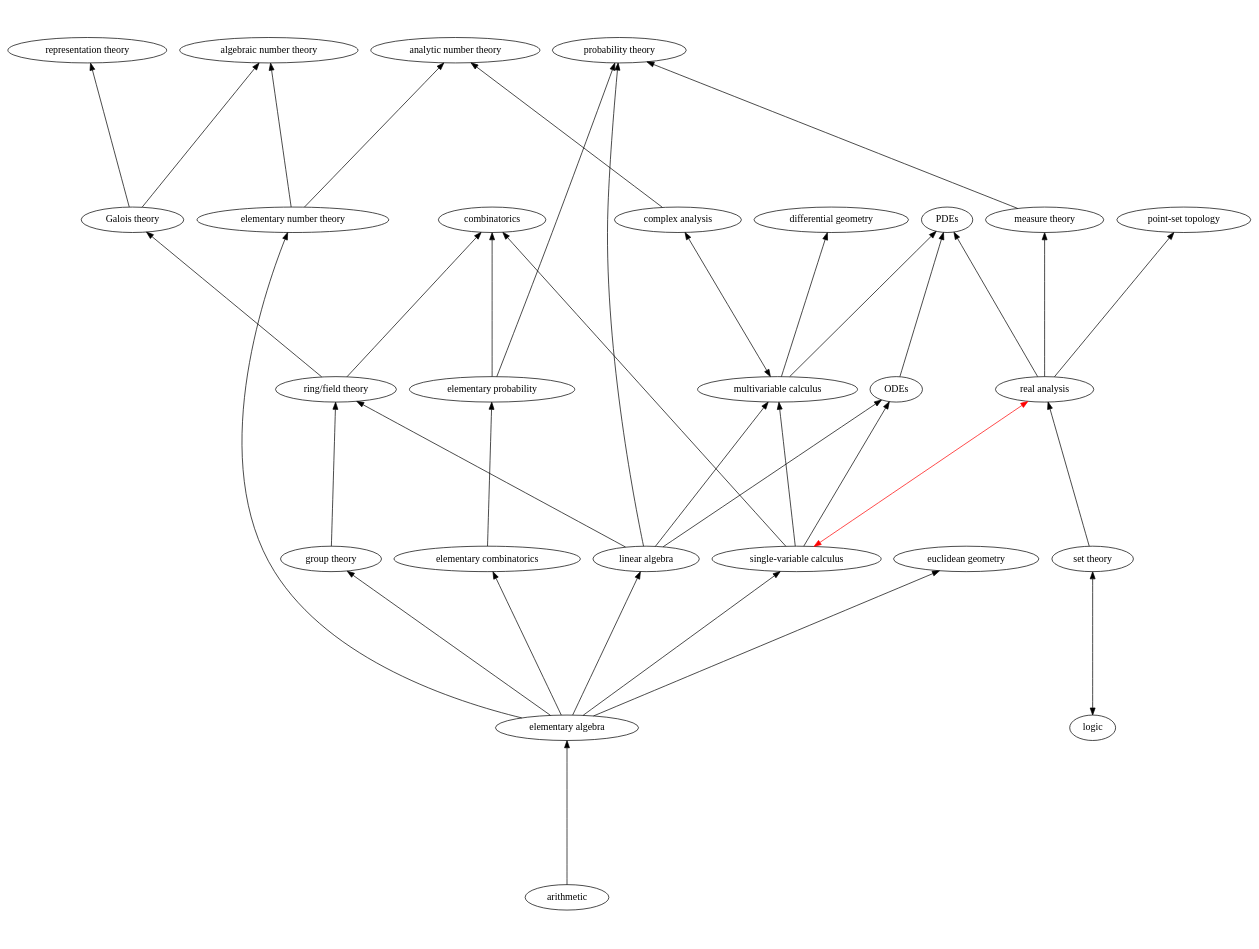
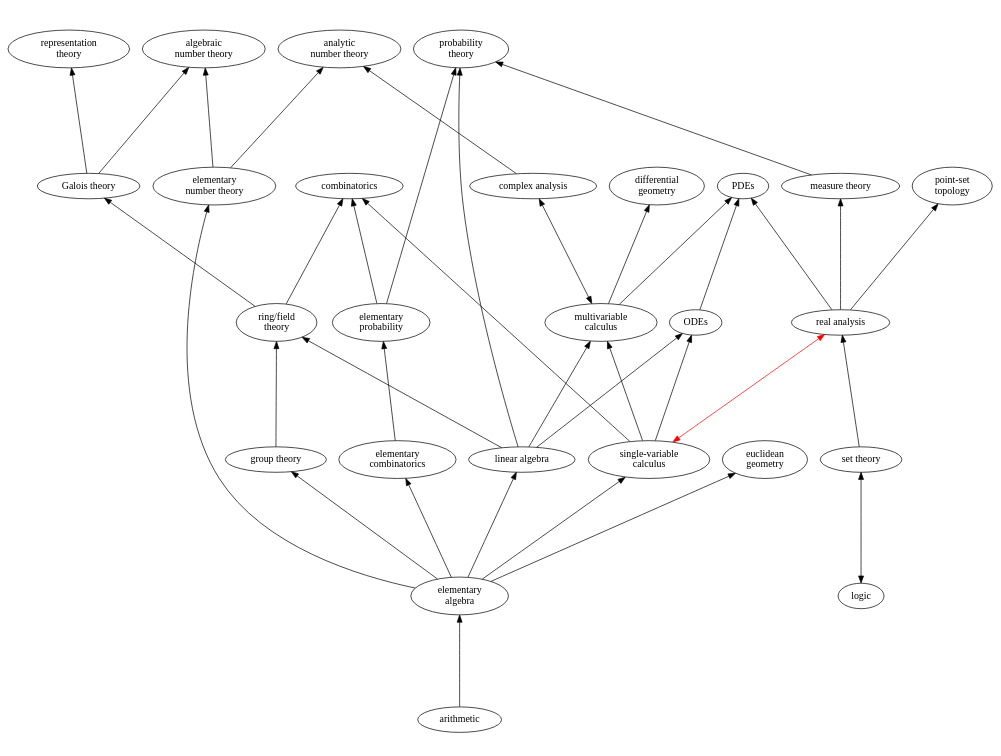
One commit to goblin/mathdeps changed the diagram in maths.dot. Above: the diagram before and after it, drawn with Graphviz.

```diff
--- a/maths.dot
+++ b/maths.dot
@@ -1,57 +1,57 @@
 digraph Maths {
 	rankdir=BT;
 	ratio=0.75;
 	
 	a [label="arithmetic"];
-	alnt [label="algebraic number theory"];
-	annt [label="analytic number theory"];
+	alnt [label="algebraic\nnumber theory"];
+	annt [label="analytic\nnumber theory"];
 	ca [label="complex analysis"];
 	c [label="combinatorics"];
-	dg [label="differential geometry"];
-	ea [label="elementary algebra"];
-	ec [label="elementary combinatorics"];
-	eg [label="euclidean geometry"];
-	ent [label="elementary number theory"];
-	ep [label="elementary probability"];
+	dg [label="differential\ngeometry"];
+	ea [label="elementary\nalgebra"];
+	ec [label="elementary\ncombinatorics"];
+	eg [label="euclidean\ngeometry"];
+	ent [label="elementary\nnumber theory"];
+	ep [label="elementary\nprobability"];
 	Gt [label="Galois theory"];
 	gt [label="group theory"];
 	la [label="linear algebra"];
 	l [label="logic"];
 	mt [label="measure theory"];
-	mvc [label="multivariable calculus"];
+	mvc [label="multivariable\ncalculus"];
 	ode [label="ODEs"];
 	pde [label="PDEs"];
-	pst [label="point-set topology"];
-	pt [label="probability theory"];
+	pst [label="point-set\ntopology"];
+	pt [label="probability\ntheory"];
 	ra [label="real analysis"];
-	rft [label="ring/field theory"];
-	rt [label="representation theory"];
+	rft [label="ring/field\ntheory"];
+	rt [label="representation\ntheory"];
 	st [label="set theory"];
-	svc [label="single-variable calculus"];
+	svc [label="single-variable\ncalculus"];
 
 	l -> st [dir=both];
 	a -> ea -> gt -> rft -> Gt -> rt;
 	ea -> ec -> ep -> c;
 	ea -> ent -> alnt;
 	Gt -> alnt;
 	ent -> annt;
 	ea -> svc -> mvc -> dg;
 	ea -> la -> ode -> pde;
 	ea -> eg;
 	mvc -> pde;
 	la -> pt;
 	la -> mvc;
 	la -> rft;
 	mvc -> ca [dir=both];
 	ca -> annt;
 	svc -> ra [dir=both, color=red];
 	svc -> c;
 	svc -> ode;
 	ra -> mt -> pt;
 	ra -> pst;
 	st -> ra;
 	ep -> pt;
 	ra -> pde;
 	rft -> c;
 
 }
```
